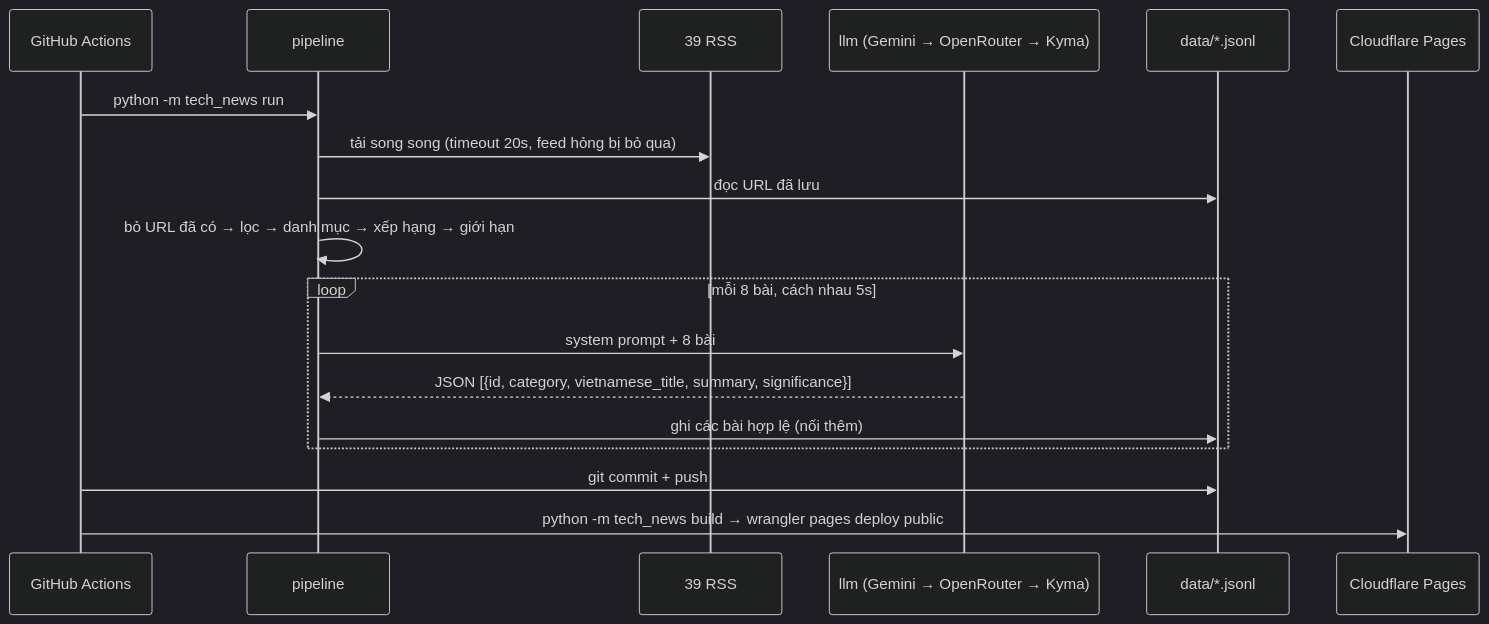
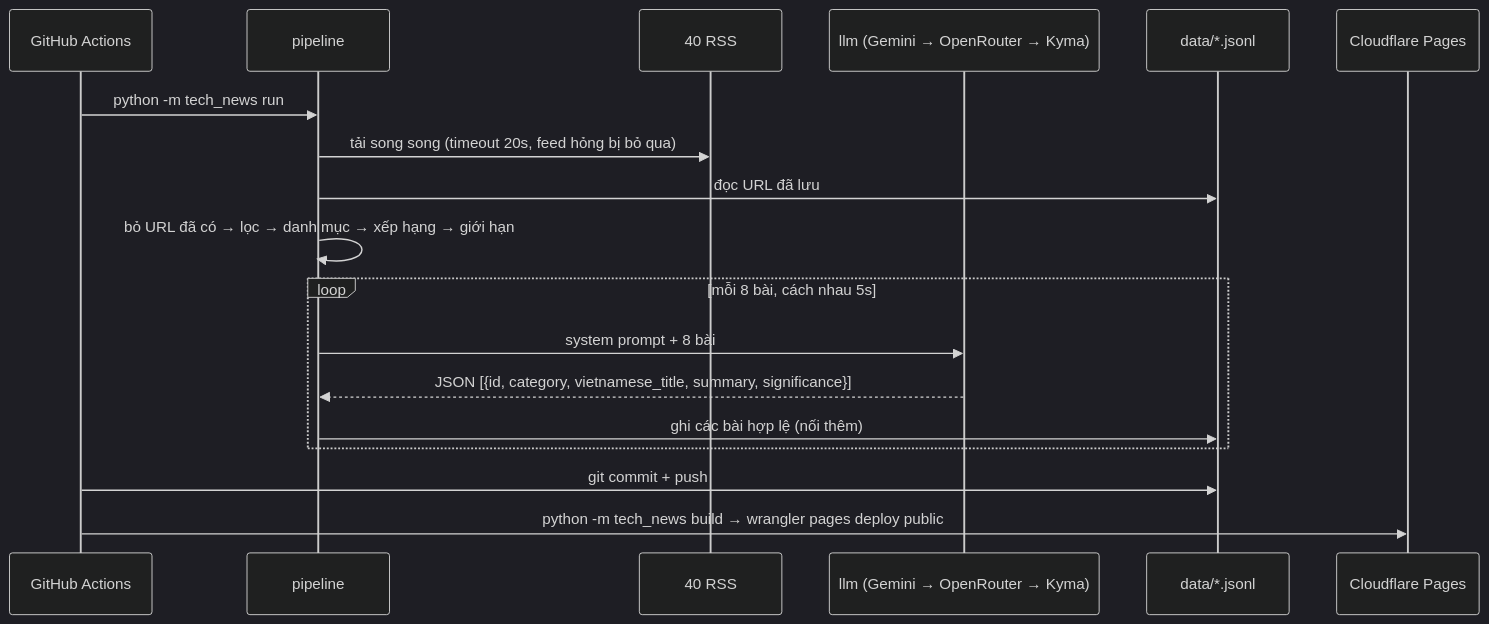
The diagram in docs/architecture.md (minmincute912/tech-new-agent), drawn with Mermaid (dark theme) before and after one commit. The commit also changed 2 other files, not shown here.

Commit message:
feat: add Viblo feed

````diff
--- a/docs/architecture.md
+++ b/docs/architecture.md
@@ -5,20 +5,20 @@
 ```mermaid
 sequenceDiagram
     participant GA as GitHub Actions
     participant P as pipeline
-    participant R as 39 RSS
+    participant R as 40 RSS
     participant L as llm (Gemini → OpenRouter → Kyma)
     participant D as data/*.jsonl
     participant CF as Cloudflare Pages
     GA->>P: python -m tech_news run
     P->>R: tải song song (timeout 20s, feed hỏng bị bỏ qua)
     P->>D: đọc URL đã lưu
     P->>P: bỏ URL đã có → lọc → danh mục → xếp hạng → giới hạn
     loop mỗi 8 bài, cách nhau 5s
         P->>L: system prompt + 8 bài
         L-->>P: JSON [{id, category, vietnamese_title, summary, significance}]
         P->>D: ghi các bài hợp lệ (nối thêm)
     end
     GA->>D: git commit + push
     GA->>CF: python -m tech_news build → wrangler pages deploy public
 ```
````
